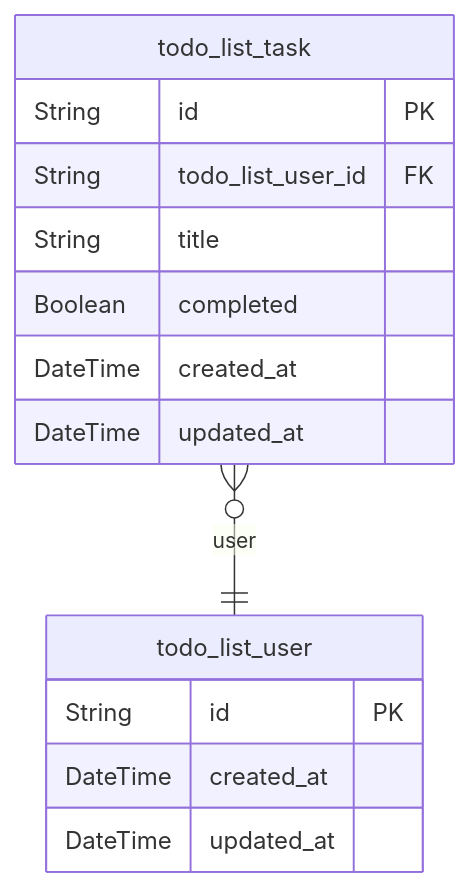
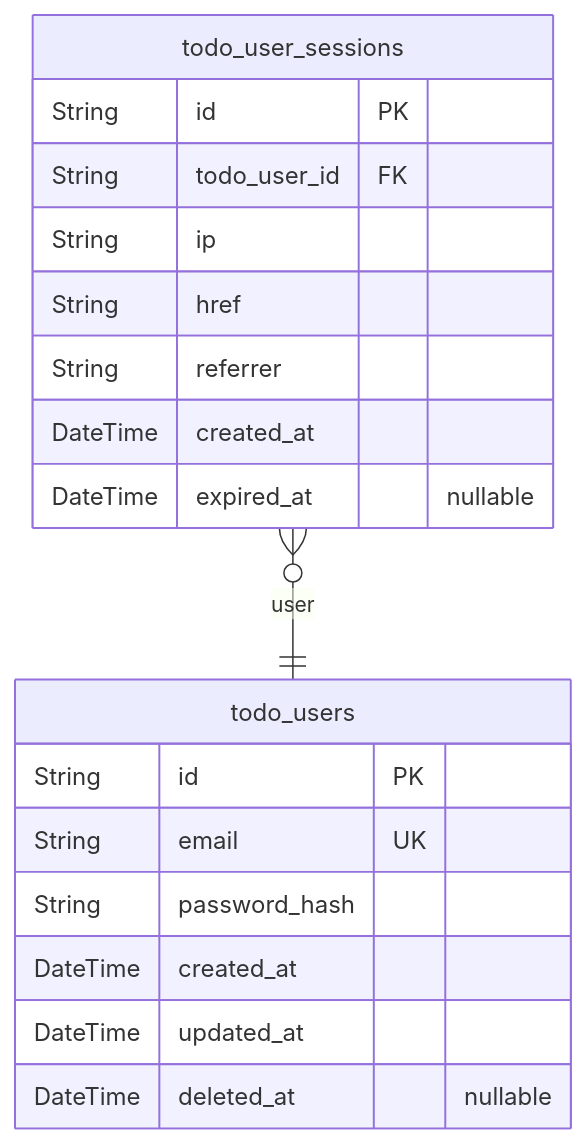
Before and after one commit to wrtnlabs/autobe-examples: the first of 2 diagrams in qwen/qwen3-next-80b-a3b-instruct/todo/docs/ERD.md, drawn with Mermaid. The commit also changed other lines of this file and 16146 other files, not shown here.

````diff
--- a/qwen/qwen3-next-80b-a3b-instruct/todo/docs/ERD.md
+++ b/qwen/qwen3-next-80b-a3b-instruct/todo/docs/ERD.md
@@ -9,17 +10,21 @@
 ```mermaid
 erDiagram
-"todo_list_user" {
+"todo_users" {
   String id PK
+  String email UK
+  String password_hash
   DateTime created_at
   DateTime updated_at
+  DateTime deleted_at "nullable"
 }
-"todo_list_task" {
+"todo_user_sessions" {
   String id PK
-  String todo_list_user_id FK
-  String title
-  Boolean completed
+  String todo_user_id FK
+  String ip
+  String href
+  String referrer
   DateTime created_at
-  DateTime updated_at
+  DateTime expired_at "nullable"
 }
-"todo_list_task" }o--|| "todo_list_user" : user
+"todo_user_sessions" }o--|| "todo_users" : user
 ```
````
